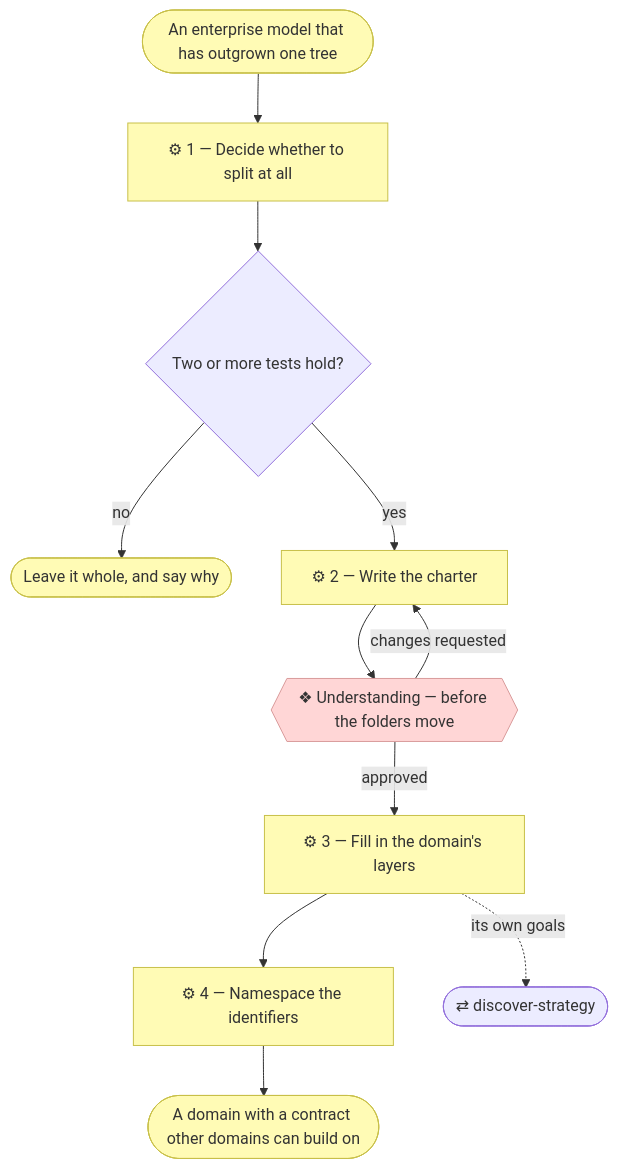
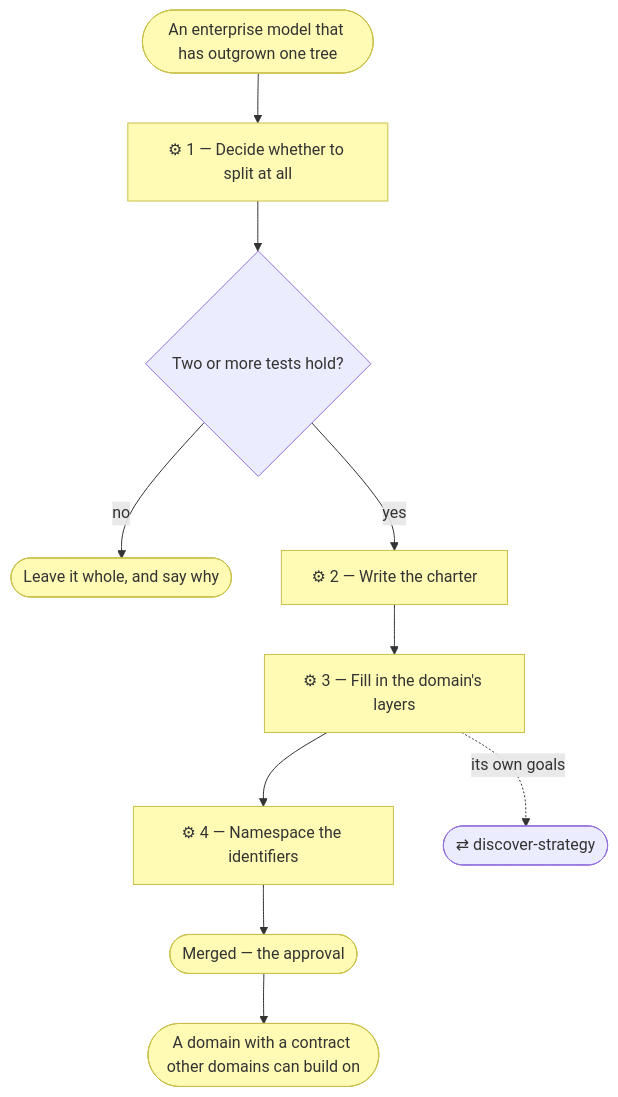
The diagram in plugins/archreator/skills/model-domains/SKILL.md (roanboc/archreator), drawn with Mermaid before and after one commit. The commit also changed other lines of this file and 49 other files, not shown here.

````diff
--- a/plugins/archreator/skills/model-domains/SKILL.md
+++ b/plugins/archreator/skills/model-domains/SKILL.md
@@ -42,25 +43,21 @@
 ```mermaid
 flowchart TD
   trig(["An enterprise model that has outgrown one tree"])
   s1["⚙ 1 — Decide whether to split at all"]
   v{"Two or more tests hold?"}
   stop(["Leave it whole, and say why"])
   s2["⚙ 2 — Write the charter"]
-  g2{{"❖ Understanding — before the folders move"}}
   s3["⚙ 3 — Fill in the domain's layers"]
   s4["⚙ 4 — Namespace the identifiers"]
   ds(["⇄ discover-strategy"])
+  merged(["Merged — the approval"])
   out(["A domain with a contract other domains can build on"])
 
   trig --> s1 --> v
   v -->|no| stop
-  v -->|yes| s2 --> g2
-  g2 -->|changes requested| s2
-  g2 -->|approved| s3 --> s4 --> out
+  v -->|yes| s2 --> s3 --> s4 --> merged --> out
   s3 -. its own goals .-> ds
 
   classDef business fill:#fffbb5,stroke:#c8c04a,color:#333
-  classDef implementation fill:#ffd6d6,stroke:#d99b9b,color:#333
-  class s1,s2,s3,s4,trig,out,stop business
-  class g2 implementation
+  class s1,s2,s3,s4,trig,out,stop,merged business
 ```
````
